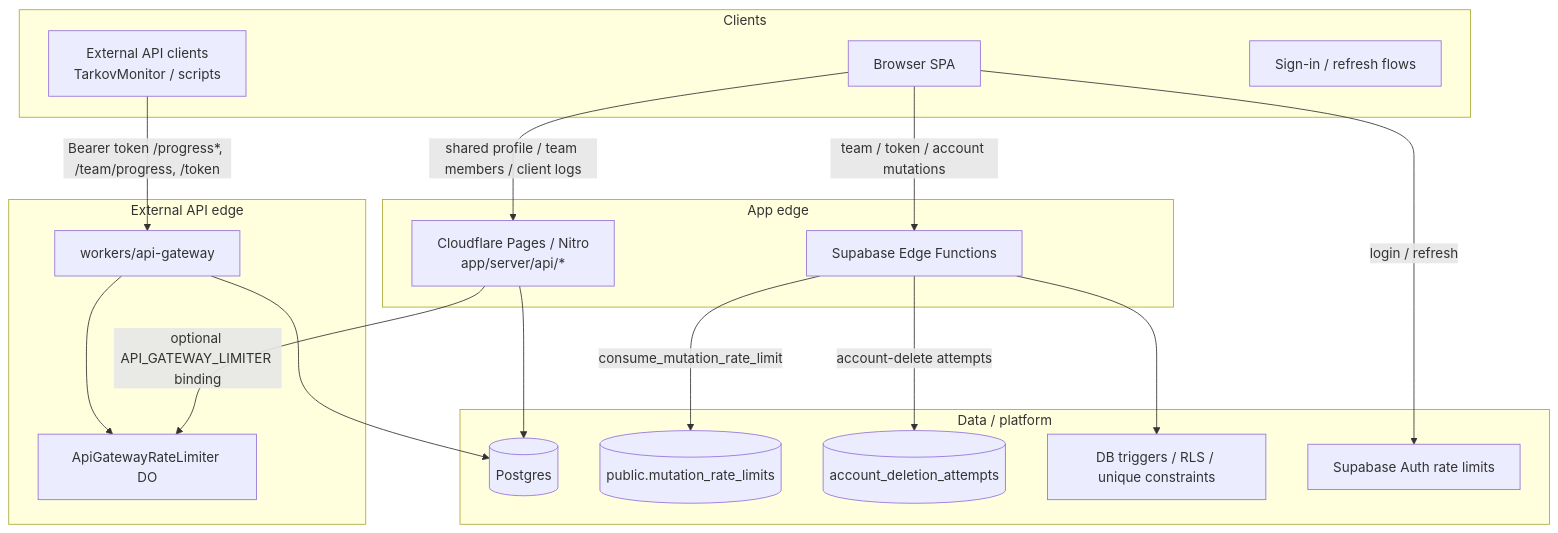
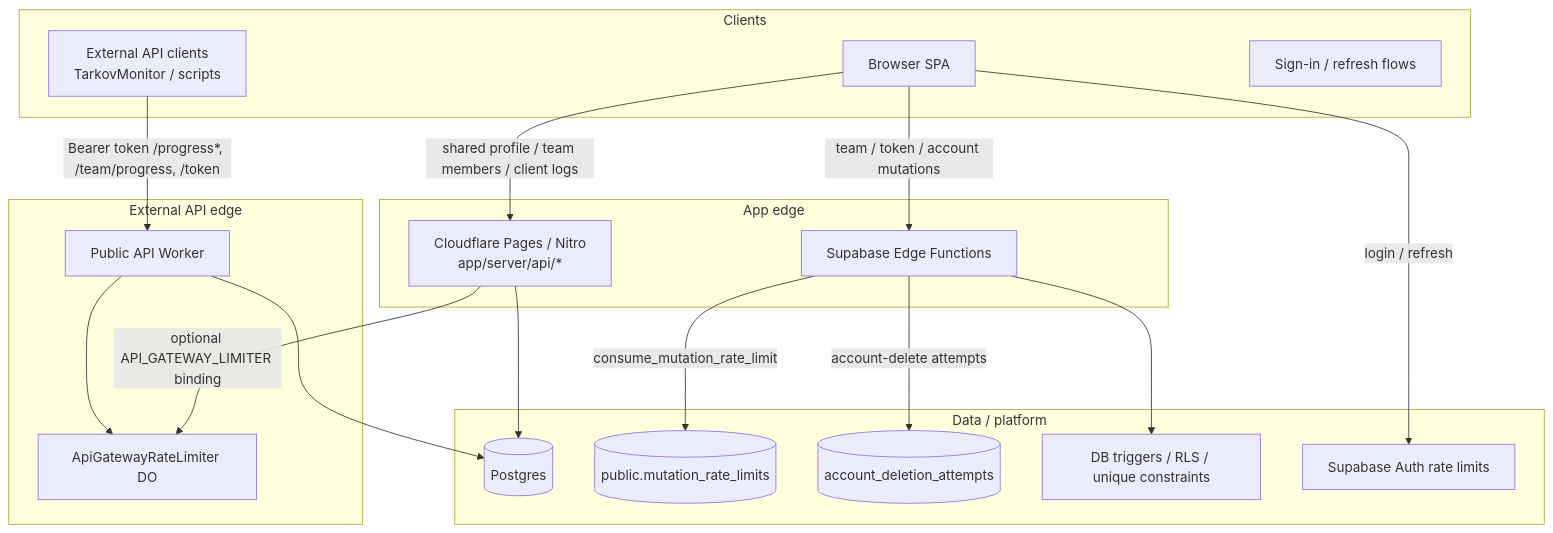
One commit to tarkovtracker-org/TarkovTracker changed the first of 6 diagrams in docs/rate-limiting.md. Above: the diagram before and after it, drawn with Mermaid. The commit also changed other lines of this file and 86 other files, not shown here.

Commit message:
refactor(api): retire duplicate gateway after source cutover (#1183)

````diff
--- a/docs/rate-limiting.md
+++ b/docs/rate-limiting.md
@@ -44,38 +44,38 @@
 ```mermaid
 flowchart TB
   subgraph clients [Clients]
     UI[Browser SPA]
     EXT[External API clients<br/>TarkovMonitor / scripts]
     AUTH[Sign-in / refresh flows]
   end
 
   subgraph appEdge [App edge]
     PAGES[Cloudflare Pages / Nitro<br/>app/server/api/*]
     EDGE[Supabase Edge Functions]
   end
 
   subgraph apiEdge [External API edge]
-    WG[workers/api-gateway]
+    WG[Public API Worker]
     DO[ApiGatewayRateLimiter DO]
   end
 
   subgraph data [Data / platform]
     PG[(Postgres)]
     MRL[(public.mutation_rate_limits)]
     ADA[(account_deletion_attempts)]
     CAP[DB triggers / RLS / unique constraints]
     SA[Supabase Auth rate limits]
   end
 
   UI -->|shared profile / team members / client logs| PAGES
   UI -->|team / token / account mutations| EDGE
   UI -->|login / refresh| SA
   EXT -->|Bearer token /progress*, /team/progress, /token| WG
   WG --> DO
   WG --> PG
   EDGE -->|consume_mutation_rate_limit| MRL
   EDGE -->|account-delete attempts| ADA
   EDGE --> CAP
   PAGES -->|optional API_GATEWAY_LIMITER binding| DO
   PAGES --> PG
 ```
````
